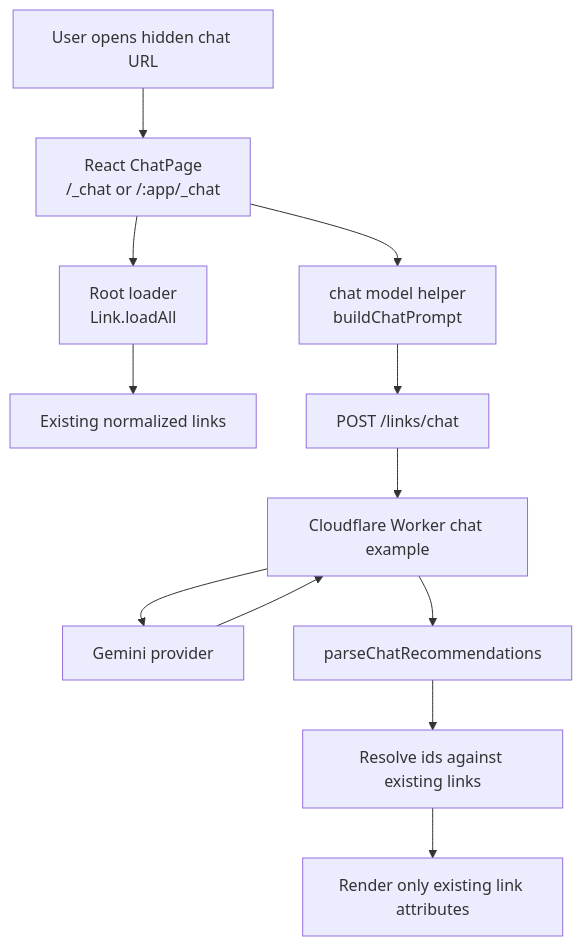
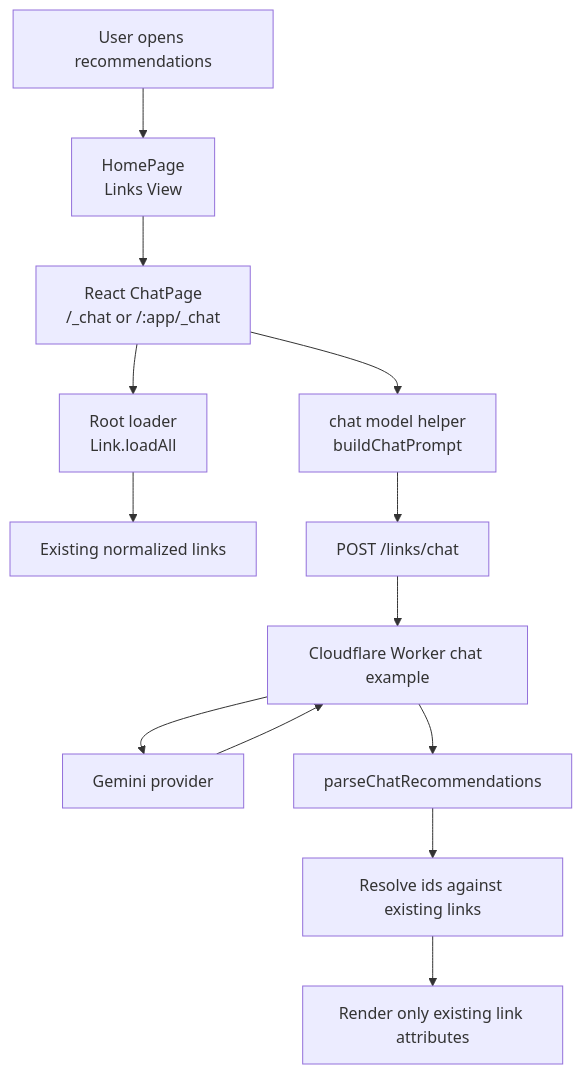
The first of 2 diagrams in architecture.md (johnpfeiffer/links-app), drawn with Mermaid before and after one commit. The commit also changed other lines of this file and 14 other files, not shown here.

````diff
--- a/architecture.md
+++ b/architecture.md
@@ -7,14 +7,15 @@
 ```mermaid
 flowchart TD
-  User["User opens hidden chat URL"] --> UI["React ChatPage<br/>/_chat or /:app/_chat"]
+  User["User opens recommendations"] --> Home["HomePage<br/>Links View"]
+  Home --> UI["React ChatPage<br/>/_chat or /:app/_chat"]
   UI --> Loader["Root loader<br/>Link.loadAll"]
   Loader --> Links["Existing normalized links"]
   UI --> Prompt["chat model helper<br/>buildChatPrompt"]
   Prompt --> API["POST /links/chat"]
   API --> Worker["Cloudflare Worker chat example"]
   Worker --> Provider["Gemini provider"]
   Provider --> Worker
   Worker --> Parser["parseChatRecommendations"]
   Parser --> Validate["Resolve ids against existing links"]
   Validate --> Render["Render only existing link attributes"]
 ```
````
